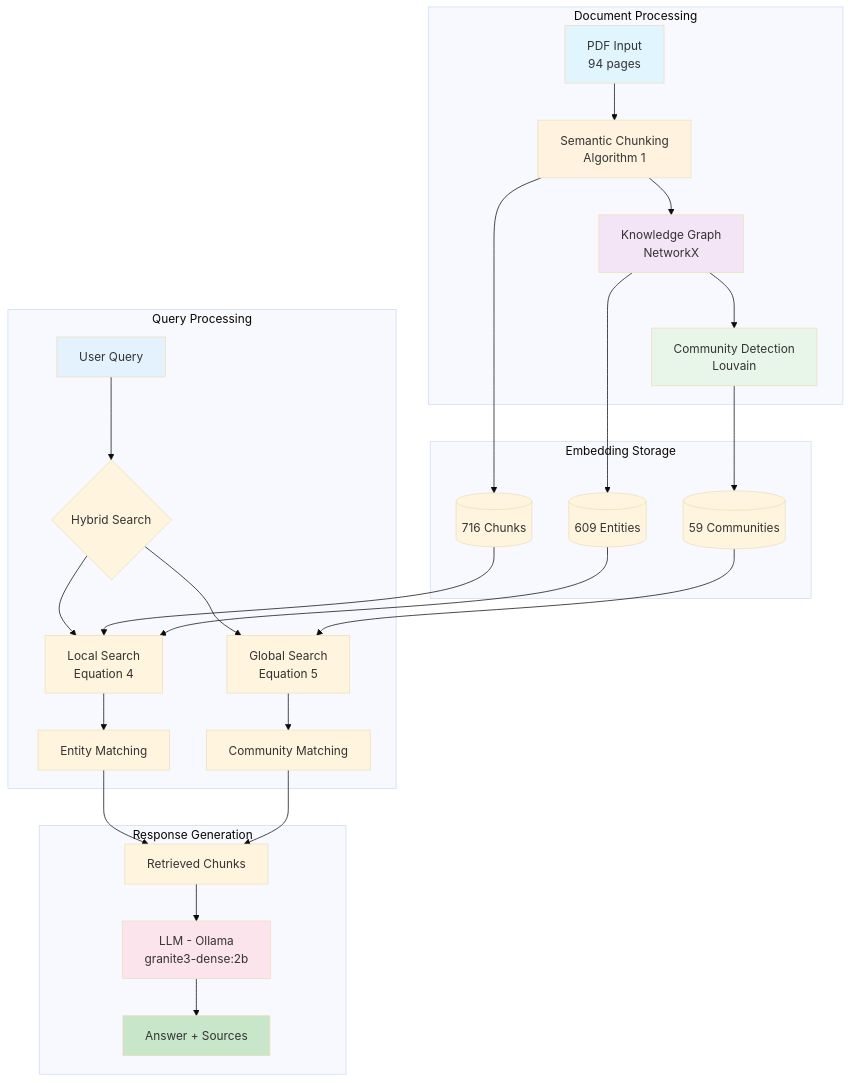
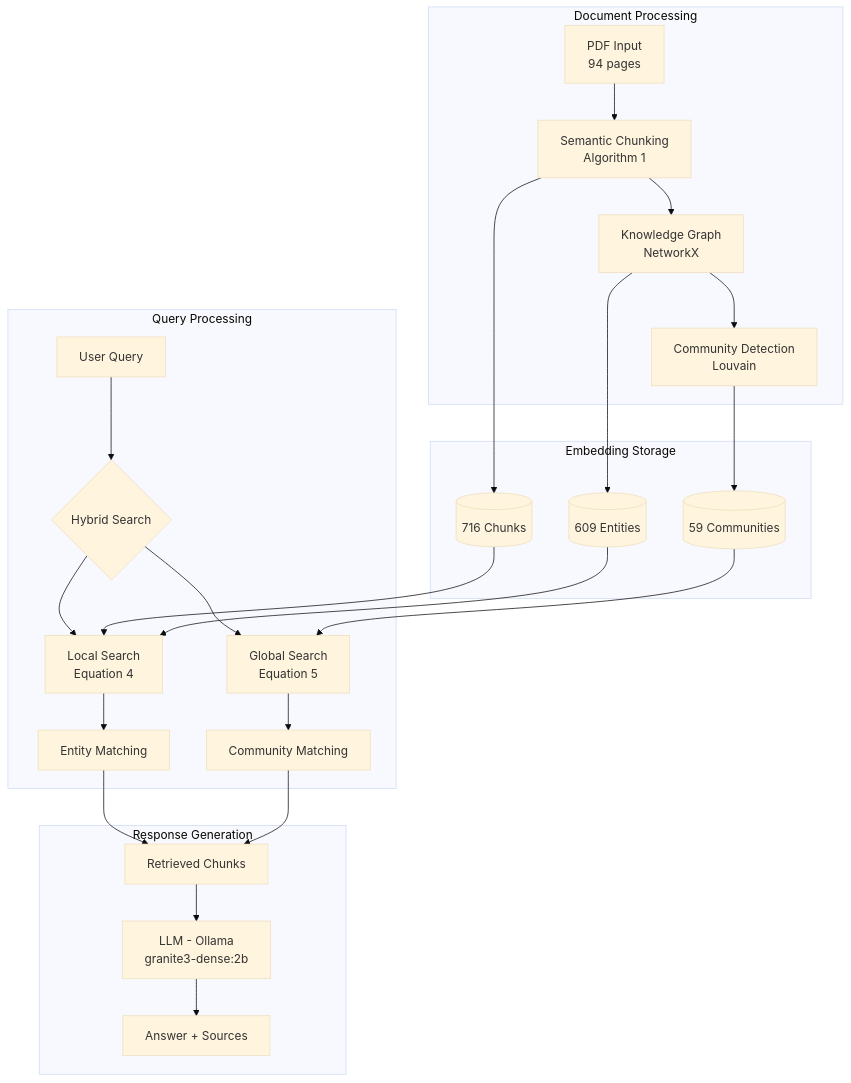
One commit to pranav271103/SemRAG_Ambedkar_QnA changed the diagram in README.md. Above: the diagram before and after it, drawn with Mermaid (base theme).

Commit message:
Readme fix

````diff
--- a/README.md
+++ b/README.md
@@ -83,45 +83,37 @@
 ```mermaid
 flowchart TB
     subgraph Input["Document Processing"]
         A[PDF Input<br/>94 pages] --> B[Semantic Chunking<br/>Algorithm 1]
         B --> C[Knowledge Graph<br/>NetworkX]
         C --> D[Community Detection<br/>Louvain]
     end
 
     subgraph Storage["Embedding Storage"]
         E[(716 Chunks)]
         F[(609 Entities)]
         G[(59 Communities)]
     end
 
     B --> E
     C --> F
     D --> G
 
     subgraph Query["Query Processing"]
         H[User Query] --> I{Hybrid Search}
         I --> J[Local Search<br/>Equation 4]
         I --> K[Global Search<br/>Equation 5]
         J --> L[Entity Matching]
         K --> M[Community Matching]
     end
 
     E --> J
     F --> J
     G --> K
 
     subgraph Response["Response Generation"]
         L --> N[Retrieved Chunks]
         M --> N
         N --> O[LLM - Ollama<br/>granite3-dense:2b]
         O --> P[Answer + Sources]
     end
-
-    style A fill:#e1f5fe
-    style B fill:#fff3e0
-    style C fill:#f3e5f5
-    style D fill:#e8f5e9
-    style H fill:#e3f2fd
-    style O fill:#fce4ec
-    style P fill:#c8e6c9
 ```
````
